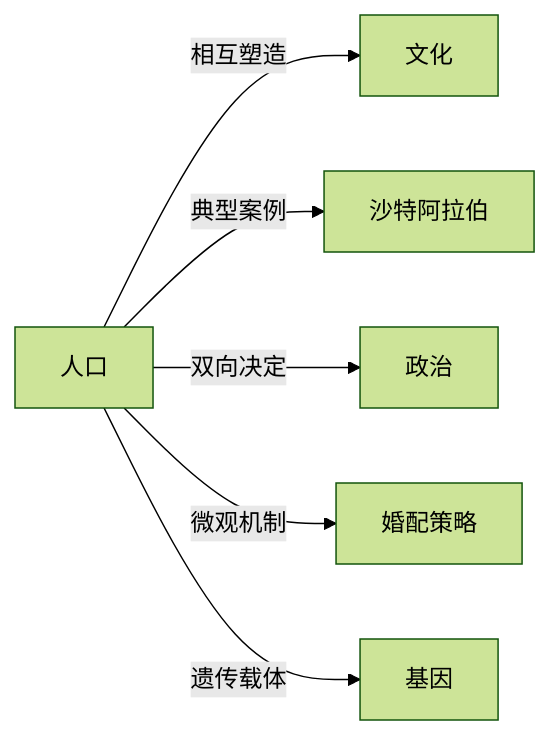
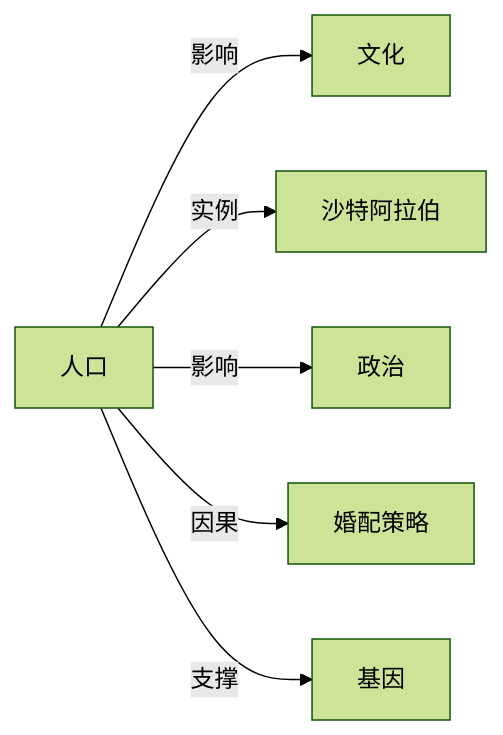
Before and after one commit to KIMMCHOW/MyKnowledge: the diagram in Knowledge/Concepts/人口学/人口.md, drawn with Mermaid (forest theme). The commit also changed 95 other files, not shown here.

Commit message:
reorganize: 统一关系图边标签为11类

````diff
--- a/Knowledge/Concepts/人口学/人口.md
+++ b/Knowledge/Concepts/人口学/人口.md
@@ -42,8 +42,8 @@
 ```mermaid
 graph LR
-人口 -->|相互塑造| 文化
-人口 -->|典型案例| 沙特阿拉伯
-人口 -->|双向决定| 政治
-人口 -->|微观机制| 婚配策略
-人口 -->|遗传载体| 基因
+人口 -->|影响| 文化
+人口 -->|实例| 沙特阿拉伯
+人口 -->|影响| 政治
+人口 -->|因果| 婚配策略
+人口 -->|支撑| 基因
 ```
````
